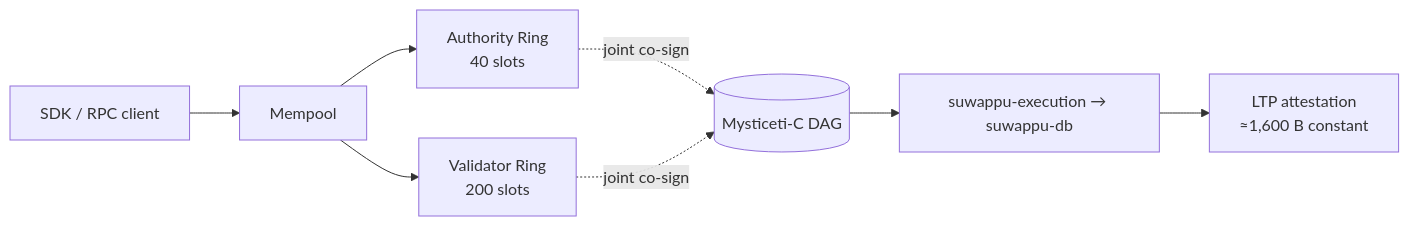
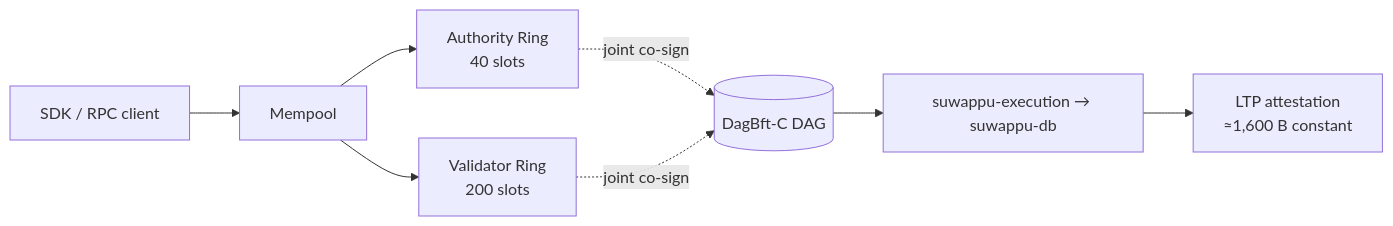
Before and after one commit to Suwappu-Labs/suwappu-dag: the first of 2 diagrams in README.md, drawn with Mermaid. The commit also changed other lines of this file and 59 other files, not shown here.

````diff
--- a/README.md
+++ b/README.md
@@ -151,10 +151,10 @@
 ```mermaid
 flowchart LR
     Client["SDK / RPC client"] --> Mempool
     Mempool --> Authority["Authority Ring<br/>40 slots"]
     Mempool --> Validator["Validator Ring<br/>200 slots"]
-    Authority -.->|joint co-sign| DAG[("Mysticeti-C DAG")]
+    Authority -.->|joint co-sign| DAG[("DagBft-C DAG")]
     Validator -.->|joint co-sign| DAG
     DAG --> Executor["suwappu-execution → suwappu-db"]
     Executor --> LTP["LTP attestation<br/>≈1,600 B constant"]
 ```
````
